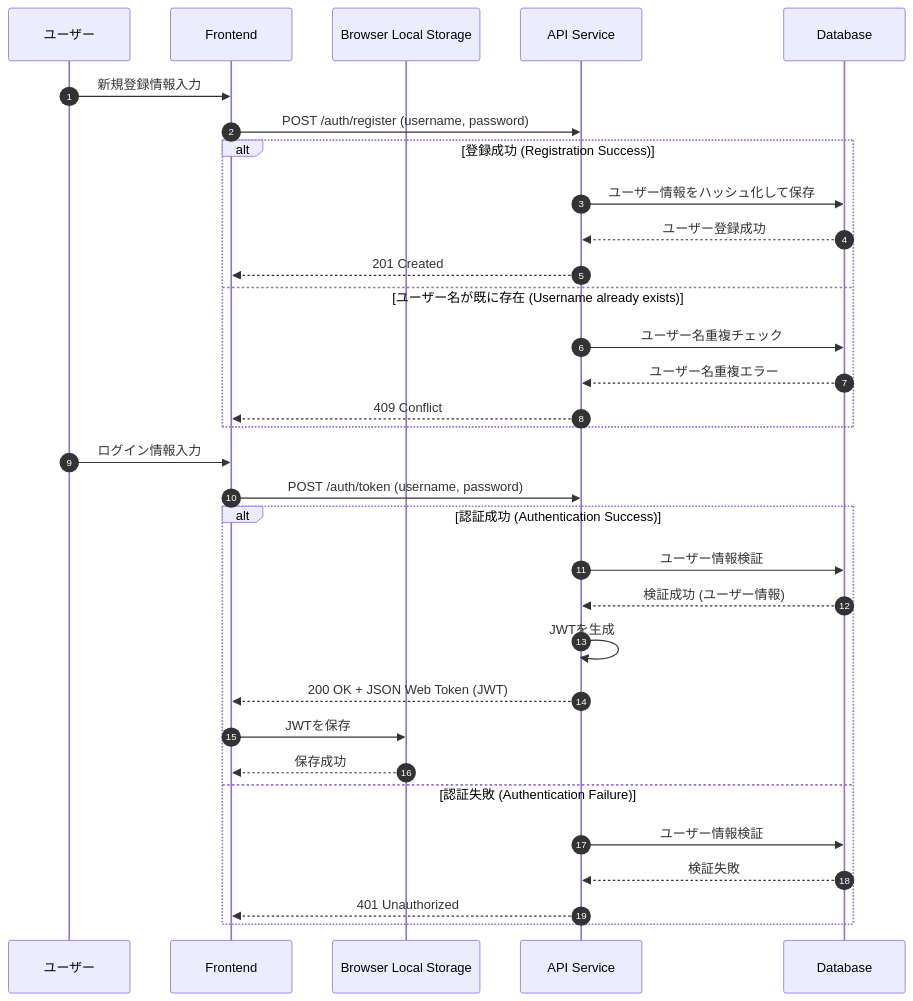
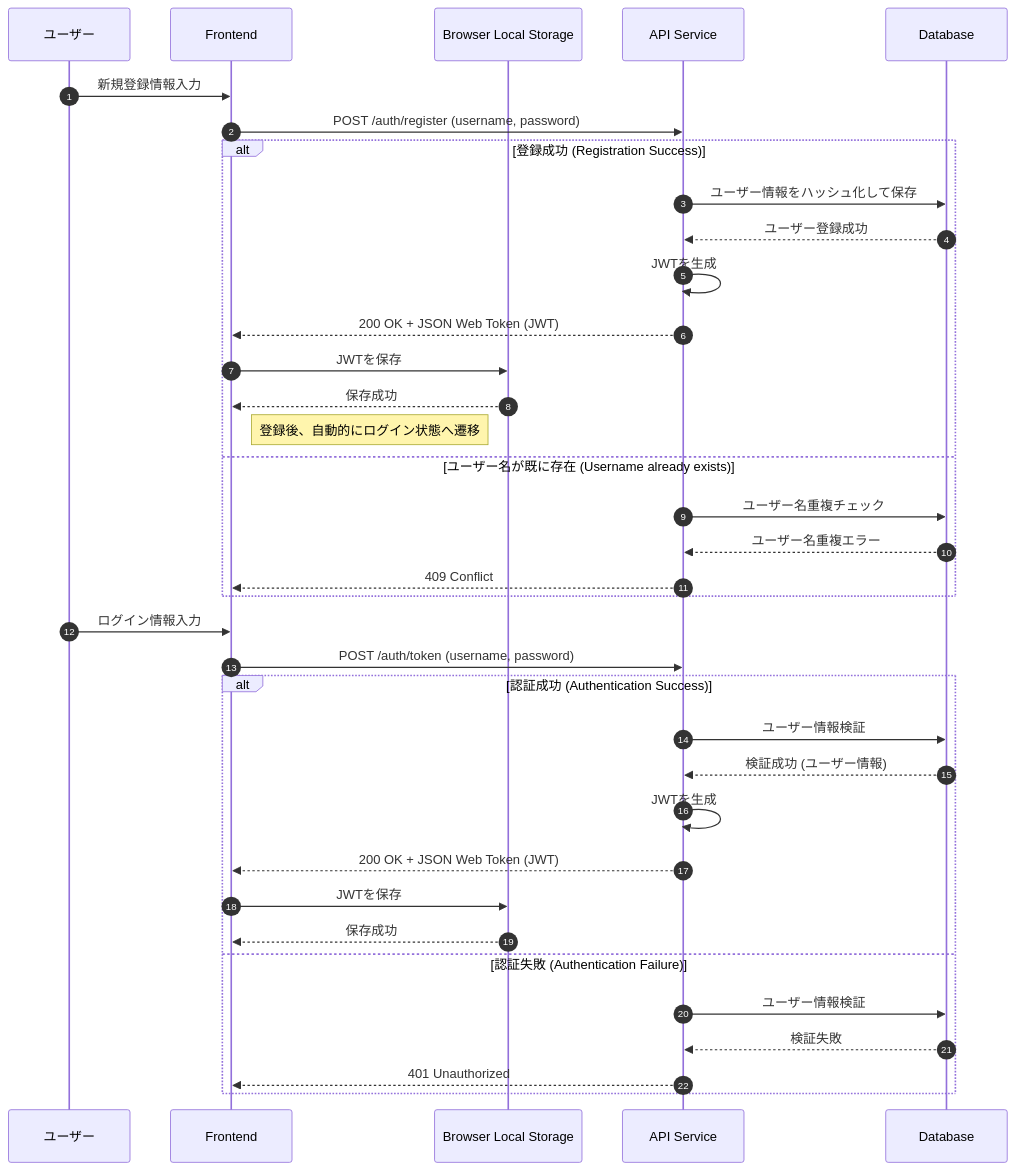
The diagram in specification/Authentication.md (vdslab/LLMGraphvis), drawn with Mermaid before and after one commit. The commit also changed 2 other files, not shown here.

Commit message:
docs: 仕様書の改善点を反映

````diff
--- a/specification/Authentication.md
+++ b/specification/Authentication.md
@@ -9,40 +9,44 @@
 ```mermaid
 sequenceDiagram
     autonumber
     participant U as ユーザー
     participant F as Frontend
     participant LS as Browser Local Storage
     participant B as API Service
     participant DB as Database
 
-    %% User Registration
+    %% User Registration & Auto-Login
     U->>F: 新規登録情報入力
     F->>B: POST /auth/register (username, password)
     
     alt 登録成功 (Registration Success)
         B->>DB: ユーザー情報をハッシュ化して保存
         DB-->>B: ユーザー登録成功
-        B-->>F: 201 Created
+        B->>B: JWTを生成
+        B-->>F: 200 OK + JSON Web Token (JWT)
+        F->>LS: JWTを保存
+        LS-->>F: 保存成功
+        note right of F: 登録後、自動的にログイン状態へ遷移
     else ユーザー名が既に存在 (Username already exists)
         B->>DB: ユーザー名重複チェック
         DB-->>B: ユーザー名重複エラー
         B-->>F: 409 Conflict
     end
 
     %% User Login
     U->>F: ログイン情報入力
     F->>B: POST /auth/token (username, password)
 
     alt 認証成功 (Authentication Success)
         B->>DB: ユーザー情報検証
         DB-->>B: 検証成功 (ユーザー情報)
         B->>B: JWTを生成
         B-->>F: 200 OK + JSON Web Token (JWT)
         F->>LS: JWTを保存
         LS-->>F: 保存成功
     else 認証失敗 (Authentication Failure)
         B->>DB: ユーザー情報検証
         DB-->>B: 検証失敗
         B-->>F: 401 Unauthorized
     end
 ```
````
